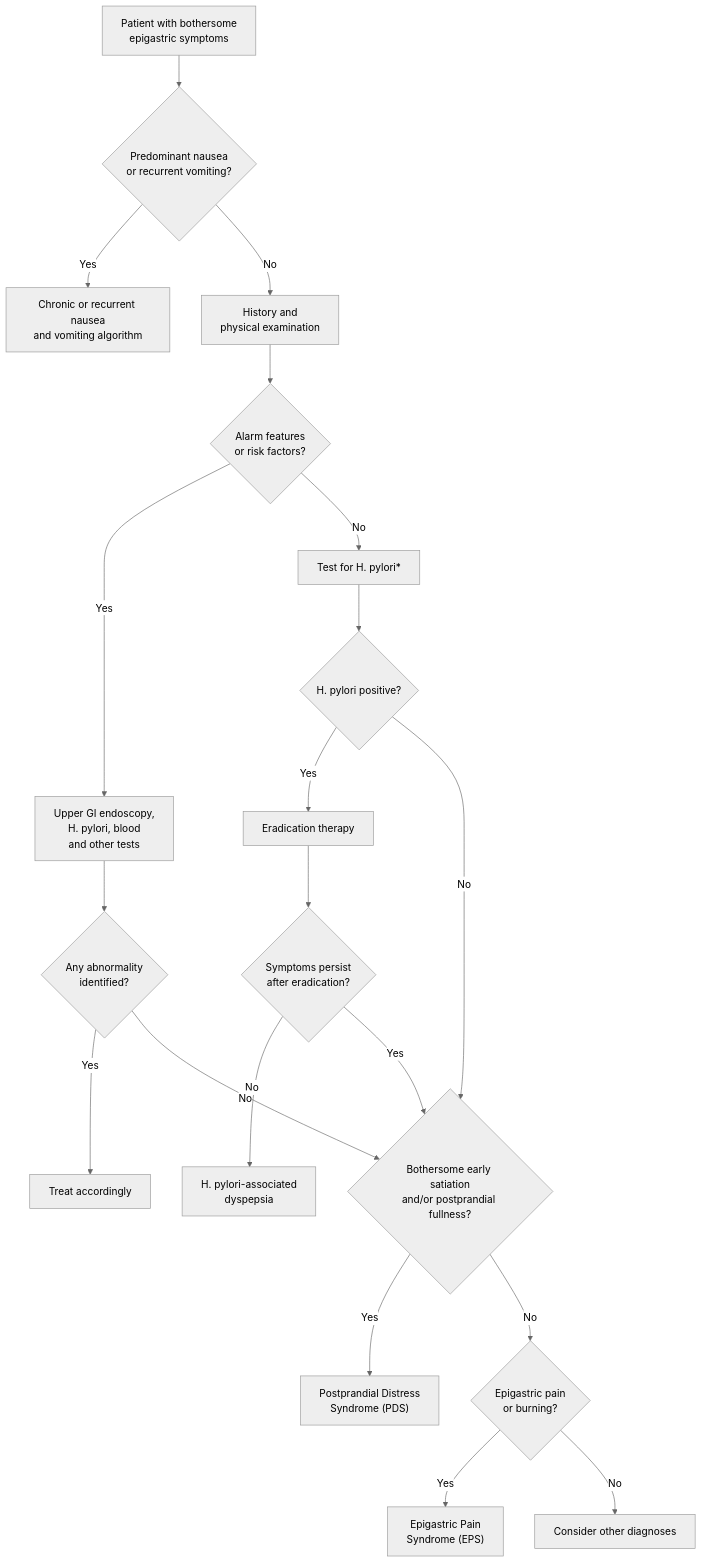
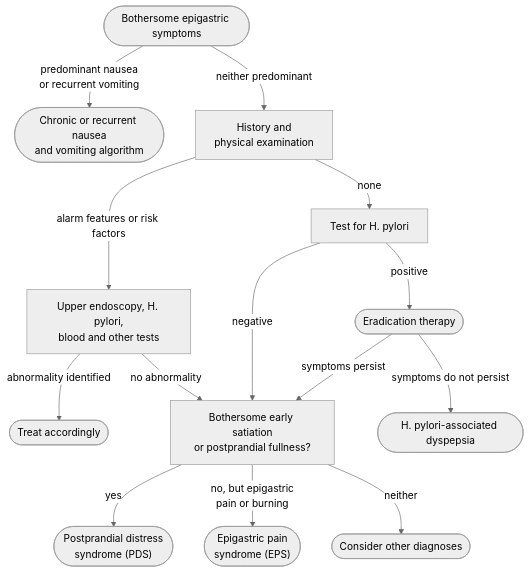
Before and after one commit to KHNickLeMD/KHNL-GI-Wiki: the second of 2 diagrams in KHNL-GI-Wiki/wiki/2-diagnostic-schemas/dyspepsia.md, drawn with Mermaid (neutral theme). The commit also changed other lines of this file and 9 other files, not shown here.

````diff
--- a/KHNL-GI-Wiki/wiki/2-diagnostic-schemas/dyspepsia.md
+++ b/KHNL-GI-Wiki/wiki/2-diagnostic-schemas/dyspepsia.md
@@ -87,22 +99,20 @@
 ```mermaid
 flowchart TD
-    A["Patient with bothersome<br/>epigastric symptoms"] --> B{"Predominant nausea<br/>or recurrent vomiting?"}
-    B -->|Yes| C["Chronic or recurrent nausea<br/>and vomiting algorithm"]
-    B -->|No| D["History and<br/>physical examination"]
-    D --> E{"Alarm features<br/>or risk factors?"}
-    E -->|Yes| F["Upper GI endoscopy,<br/>H. pylori, blood<br/>and other tests"]
-    F --> G{"Any abnormality<br/>identified?"}
-    G -->|Yes| H["Treat accordingly"]
-    E -->|No| I["Test for H. pylori*"]
-    I --> J{"H. pylori positive?"}
-    J -->|Yes| K["Eradication therapy"]
-    K --> L{"Symptoms persist<br/>after eradication?"}
-    L -->|No| M["H. pylori-associated<br/>dyspepsia"]
-    J -->|No| N
-    L -->|Yes| N
-    G -->|No| N{"Bothersome early satiation<br/>and/or postprandial fullness?"}
-    N -->|Yes| O["Postprandial Distress<br/>Syndrome (PDS)"]
-    N -->|No| P{"Epigastric pain<br/>or burning?"}
-    P -->|Yes| Q["Epigastric Pain<br/>Syndrome (EPS)"]
-    P -->|No| R["Consider other diagnoses"]
+    A(["Bothersome epigastric symptoms"]) -- "predominant nausea<br/>or recurrent vomiting" --> NV(["Chronic or recurrent nausea<br/>and vomiting algorithm"])
+    A -- "neither predominant" --> HX["History and<br/>physical examination"]
+    HX -- "alarm features or risk factors" --> EN["Upper endoscopy, H. pylori,<br/>blood and other tests"]
+    HX -- "none" --> HP["Test for H. pylori"]
+    EN -- "abnormality identified" --> TX(["Treat accordingly"])
+    EN -- "no abnormality" --> SUB["Bothersome early satiation<br/>or postprandial fullness?"]
+    HP -- "positive" --> ER(["Eradication therapy"])
+    HP -- "negative" --> SUB
+    ER -- "symptoms do not persist" --> HPD(["H. pylori-associated dyspepsia"])
+    ER -- "symptoms persist" --> SUB
+    SUB -- "yes" --> PDS(["Postprandial distress<br/>syndrome (PDS)"])
+    SUB -- "no, but epigastric<br/>pain or burning" --> EPS(["Epigastric pain<br/>syndrome (EPS)"])
+    SUB -- "neither" --> OTH(["Consider other diagnoses"])
+    class A start
+    class HX,EN,HP,SUB test
+    class NV,TX,ER,HPD,PDS,EPS act
+    class OTH stop
 ```
````
